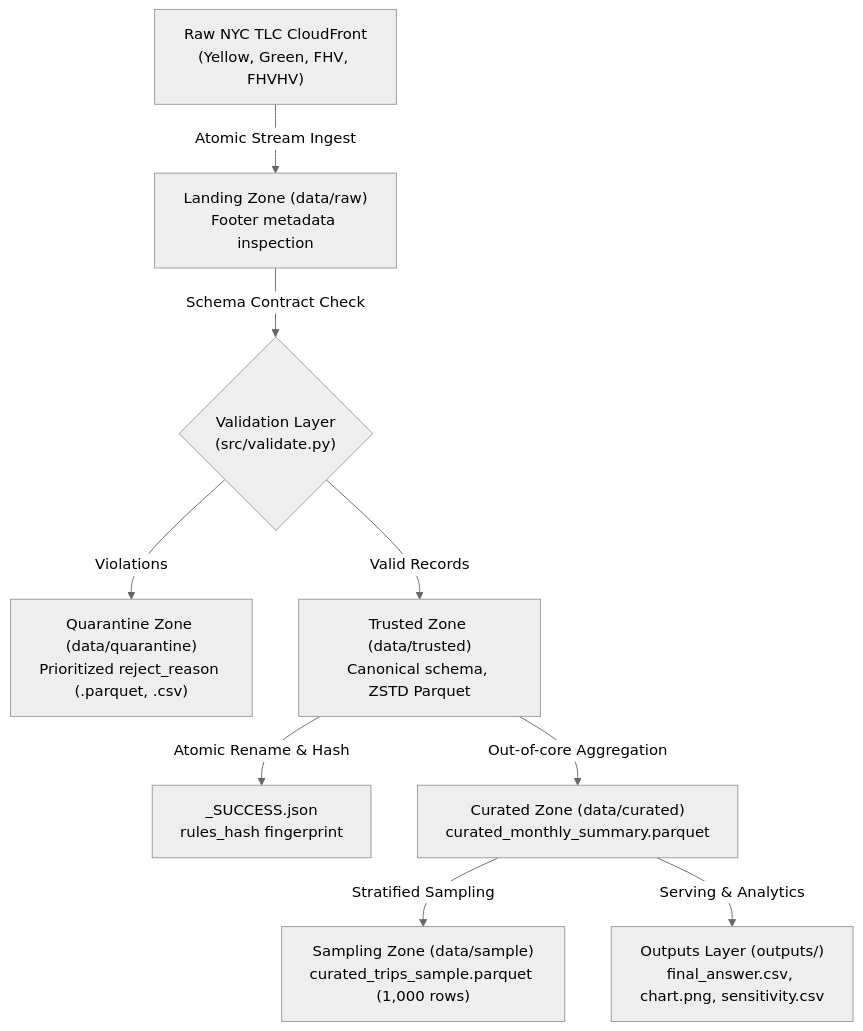
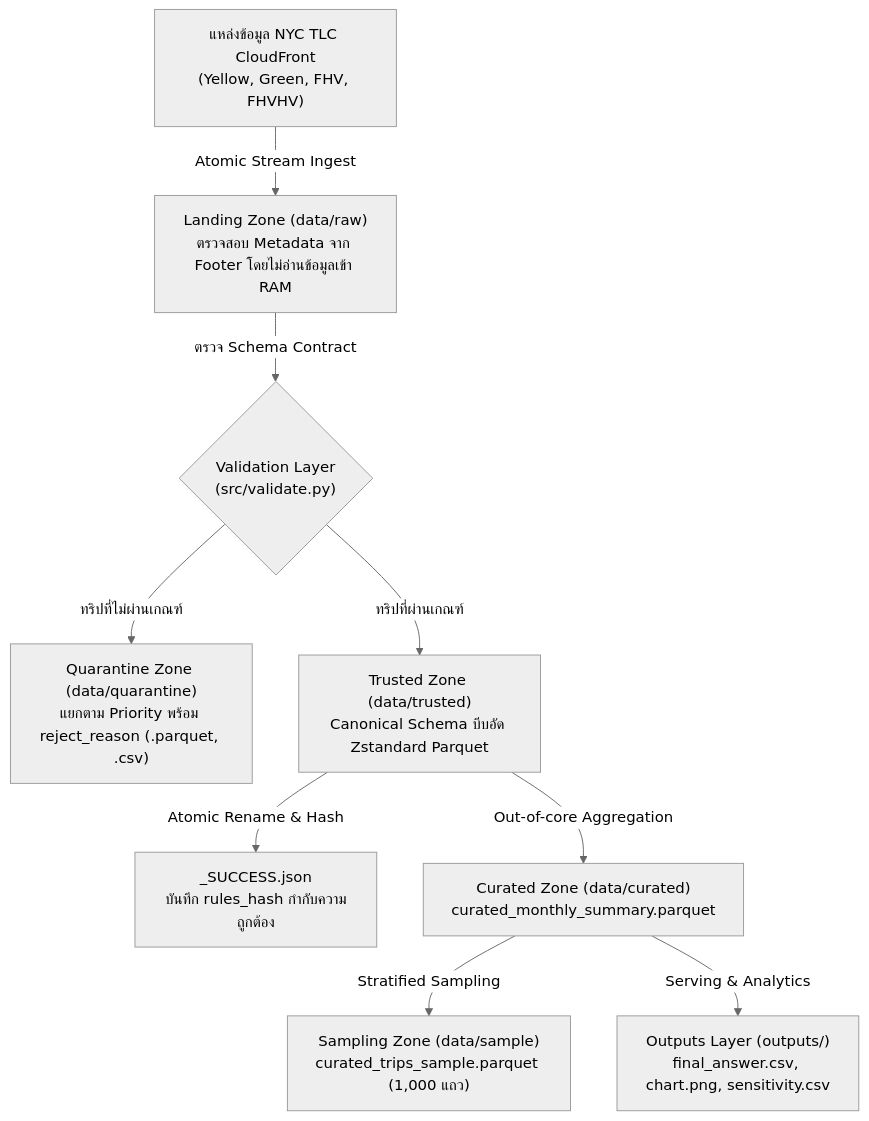
One commit to PurinatWanthanathanya/NYCTAXI2_BIGDATA changed the diagram in README.md. Above: the diagram before and after it, drawn with Mermaid (neutral theme). The commit also changed other lines of this file and 3 other files, not shown here.

````diff
--- a/README.md
+++ b/README.md
@@ -114,11 +115,11 @@
 ```mermaid
 flowchart TD
-    A["Raw NYC TLC CloudFront<br/>(Yellow, Green, FHV, FHVHV)"] -->|Atomic Stream Ingest| B["Landing Zone (data/raw)<br/>Footer metadata inspection"]
-    B -->|Schema Contract Check| C{"Validation Layer<br/>(src/validate.py)"}
-    C -->|Violations| D["Quarantine Zone (data/quarantine)<br/>Prioritized reject_reason (.parquet, .csv)"]
-    C -->|Valid Records| E["Trusted Zone (data/trusted)<br/>Canonical schema, ZSTD Parquet"]
-    E -->|Atomic Rename & Hash| F["_SUCCESS.json<br/>rules_hash fingerprint"]
+    A["แหล่งข้อมูล NYC TLC CloudFront<br/>(Yellow, Green, FHV, FHVHV)"] -->|Atomic Stream Ingest| B["Landing Zone (data/raw)<br/>ตรวจสอบ Metadata จาก Footer โดยไม่อ่านข้อมูลเข้า RAM"]
+    B -->|ตรวจ Schema Contract| C{"Validation Layer<br/>(src/validate.py)"}
+    C -->|ทริปที่ไม่ผ่านเกณฑ์| D["Quarantine Zone (data/quarantine)<br/>แยกตาม Priority พร้อม reject_reason (.parquet, .csv)"]
+    C -->|ทริปที่ผ่านเกณฑ์| E["Trusted Zone (data/trusted)<br/>Canonical Schema บีบอัด Zstandard Parquet"]
+    E -->|Atomic Rename & Hash| F["_SUCCESS.json<br/>บันทึก rules_hash กำกับความถูกต้อง"]
     E -->|Out-of-core Aggregation| G["Curated Zone (data/curated)<br/>curated_monthly_summary.parquet"]
-    G -->|Stratified Sampling| H["Sampling Zone (data/sample)<br/>curated_trips_sample.parquet (1,000 rows)"]
+    G -->|Stratified Sampling| H["Sampling Zone (data/sample)<br/>curated_trips_sample.parquet (1,000 แถว)"]
     G -->|Serving & Analytics| I["Outputs Layer (outputs/)<br/>final_answer.csv, chart.png, sensitivity.csv"]
 ```
````
